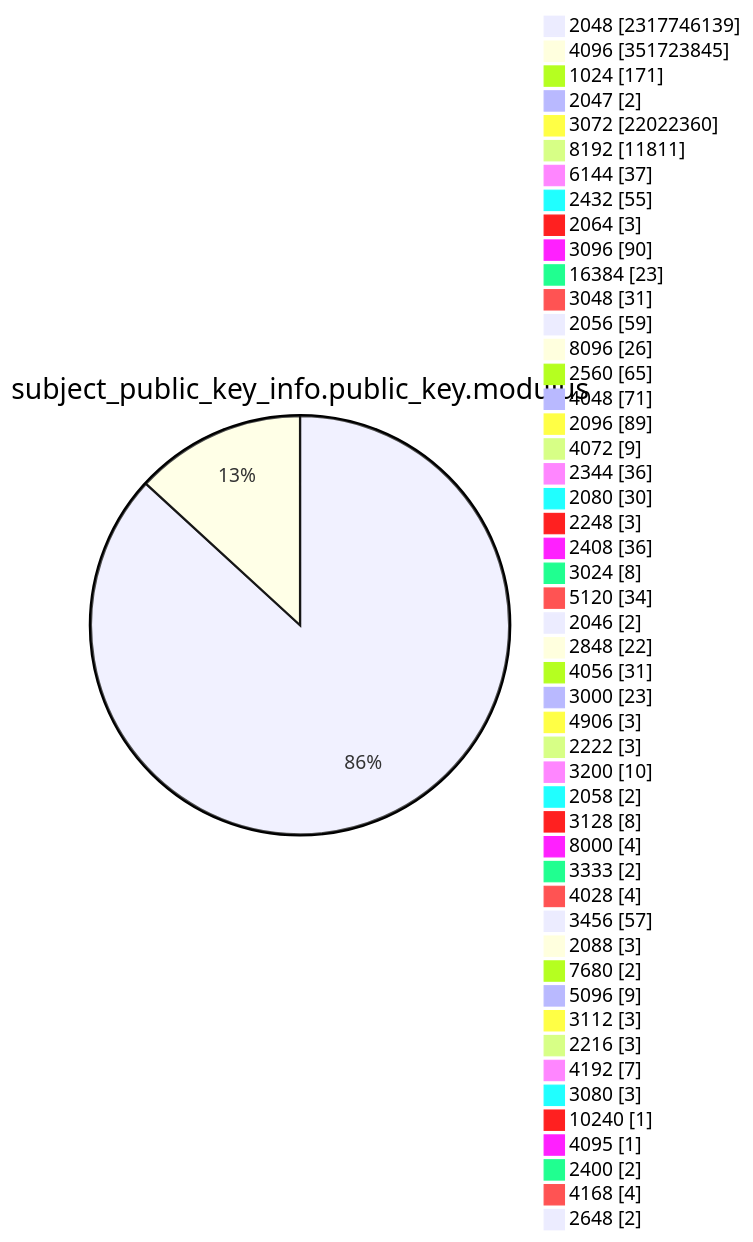
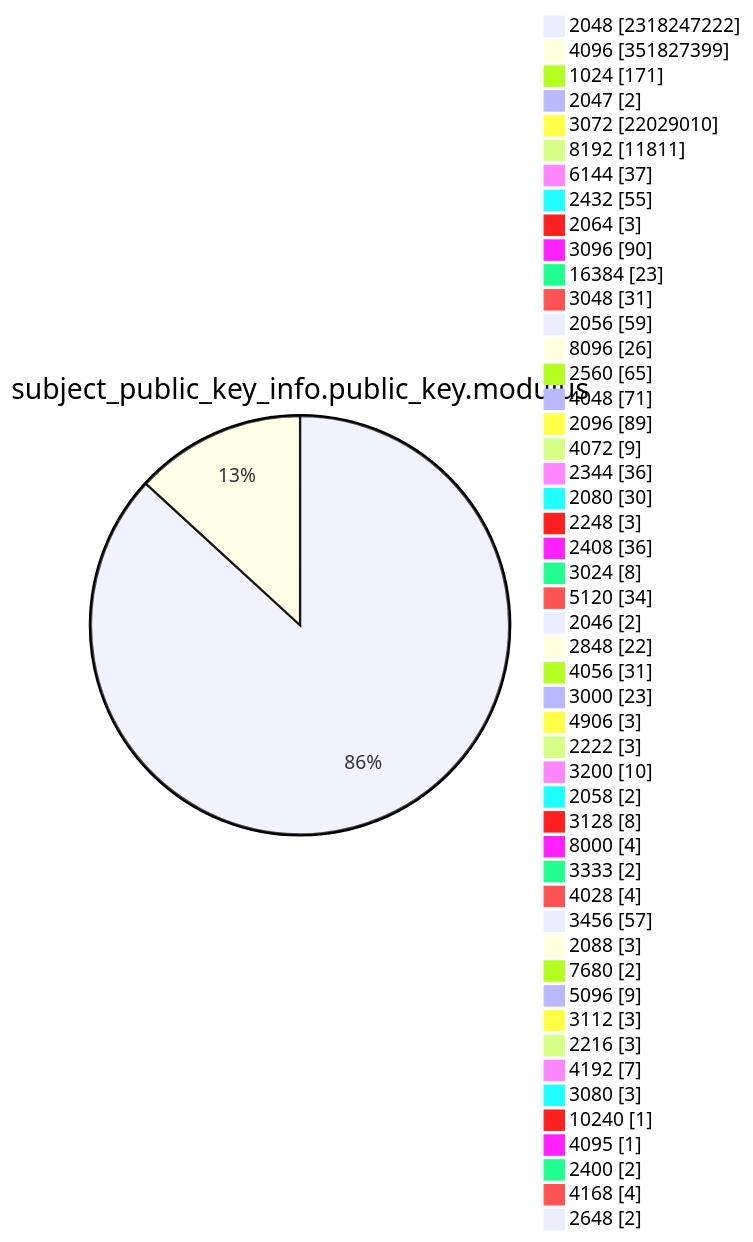
Diagram 13 of 15 in TOTAL/README.md (christiankrug/ctmonitor_visualization), drawn with Mermaid before and after one commit. The commit also changed other lines of this file, not shown here.

````diff
--- a/TOTAL/README.md
+++ b/TOTAL/README.md
@@ -4167,53 +4167,53 @@
 ```mermaid
 pie showData
 title subject_public_key_info.public_key.modulus
-"2048" :2317746139
-"4096" :351723845
+"2048" :2318247222
+"4096" :351827399
 "1024" :171
 "2047" :2
-"3072" :22022360
+"3072" :22029010
 "8192" :11811
 "6144" :37
 "2432" :55
 "2064" :3
 "3096" :90
 "16384" :23
 "3048" :31
 "2056" :59
 "8096" :26
 "2560" :65
 "4048" :71
 "2096" :89
 "4072" :9
 "2344" :36
 "2080" :30
 "2248" :3
 "2408" :36
 "3024" :8
 "5120" :34
 "2046" :2
 "2848" :22
 "4056" :31
 "3000" :23
 "4906" :3
 "2222" :3
 "3200" :10
 "2058" :2
 "3128" :8
 "8000" :4
 "3333" :2
 "4028" :4
 "3456" :57
 "2088" :3
 "7680" :2
 "5096" :9
 "3112" :3
 "2216" :3
 "4192" :7
 "3080" :3
 "10240" :1
 "4095" :1
 "2400" :2
 "4168" :4
 "2648" :2
 ```
````
